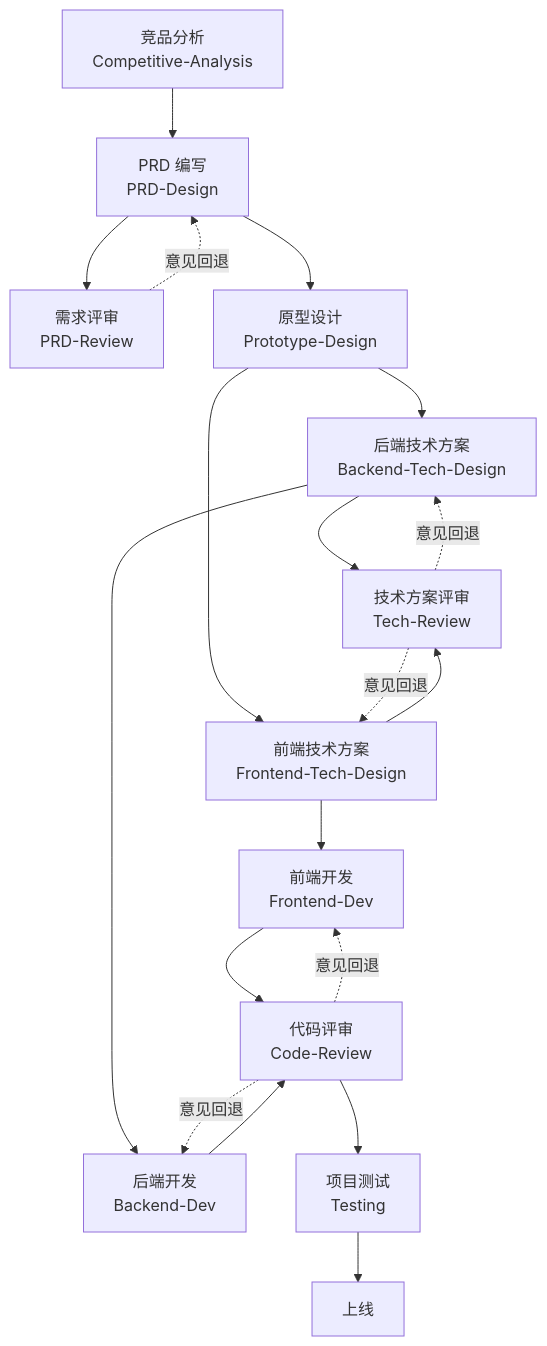
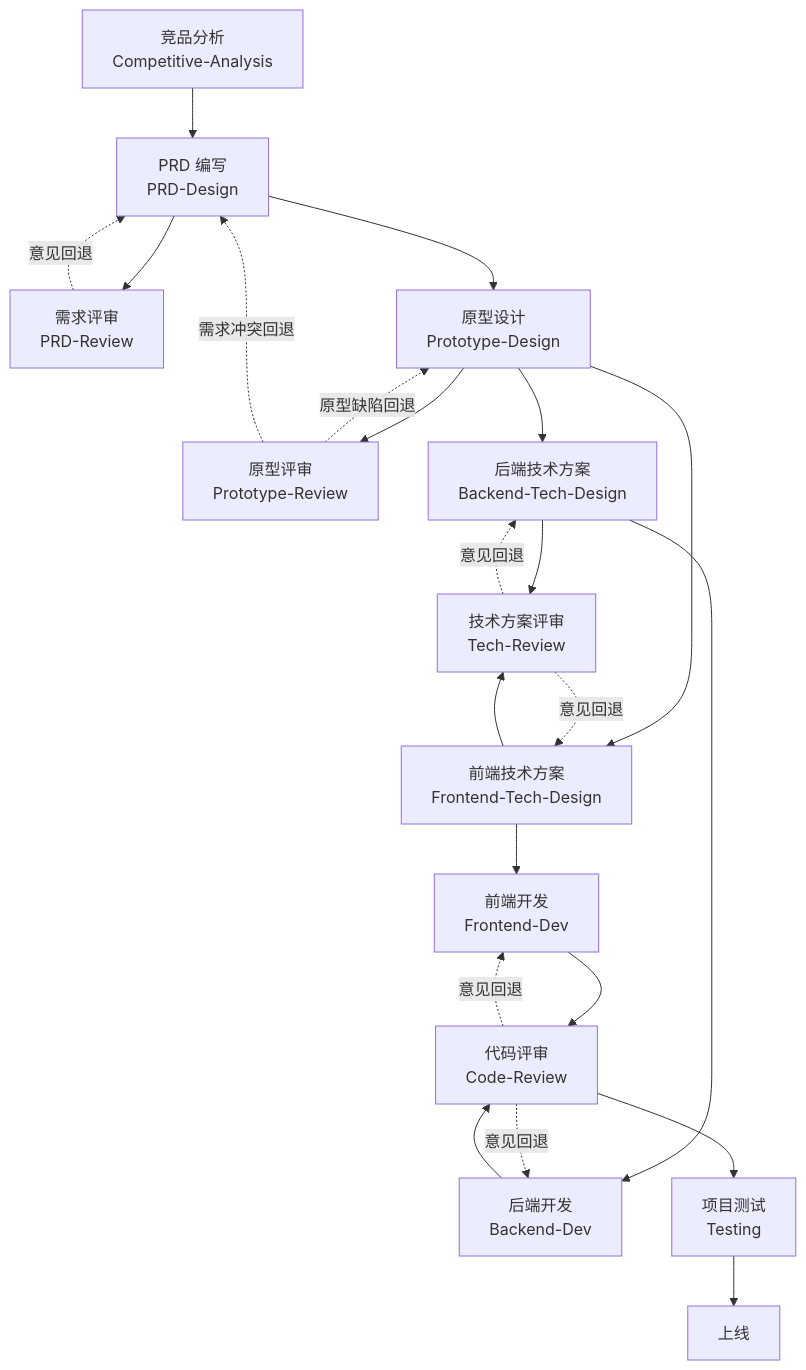
Before and after one commit to tengerfly/tenger-skills: the diagram in README.md, drawn with Mermaid. The commit also changed other lines of this file and 55 other files, not shown here.

````diff
--- a/README.md
+++ b/README.md
@@ -24,21 +24,24 @@
 ```mermaid
 flowchart TD
     CA[竞品分析<br/>Competitive-Analysis] --> PRD[PRD 编写<br/>PRD-Design]
     PRD --> PR[需求评审<br/>PRD-Review]
     PR -. 意见回退 .-> PRD
     PRD --> PT[原型设计<br/>Prototype-Design]
+    PT --> PTR[原型评审<br/>Prototype-Review]
+    PTR -. 原型缺陷回退 .-> PT
+    PTR -. 需求冲突回退 .-> PRD
     PT --> BTD[后端技术方案<br/>Backend-Tech-Design]
     PT --> FTD[前端技术方案<br/>Frontend-Tech-Design]
     BTD --> TR[技术方案评审<br/>Tech-Review]
     FTD --> TR
     TR -. 意见回退 .-> BTD
     TR -. 意见回退 .-> FTD
     BTD --> BD[后端开发<br/>Backend-Dev]
     FTD --> FD[前端开发<br/>Frontend-Dev]
     BD --> CR[代码评审<br/>Code-Review]
     FD --> CR
     CR -. 意见回退 .-> BD
     CR -. 意见回退 .-> FD
     CR --> T[项目测试<br/>Testing]
     T --> DONE[上线]
 ```
````
